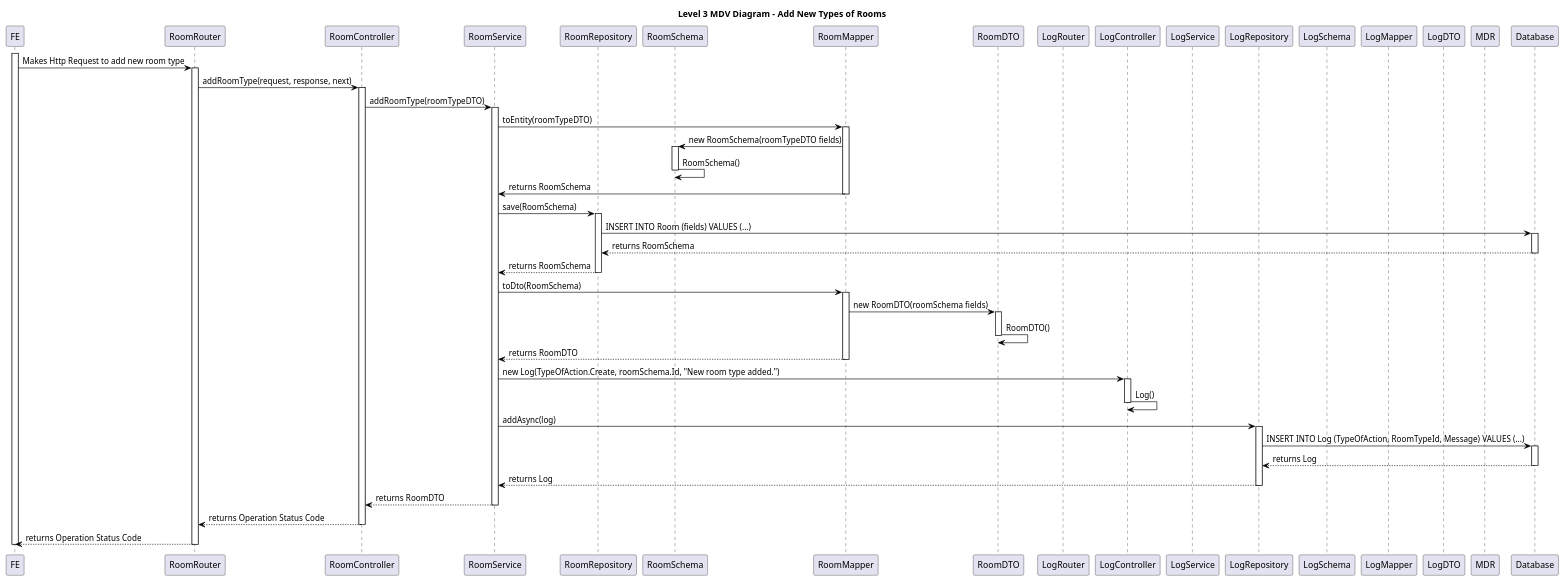
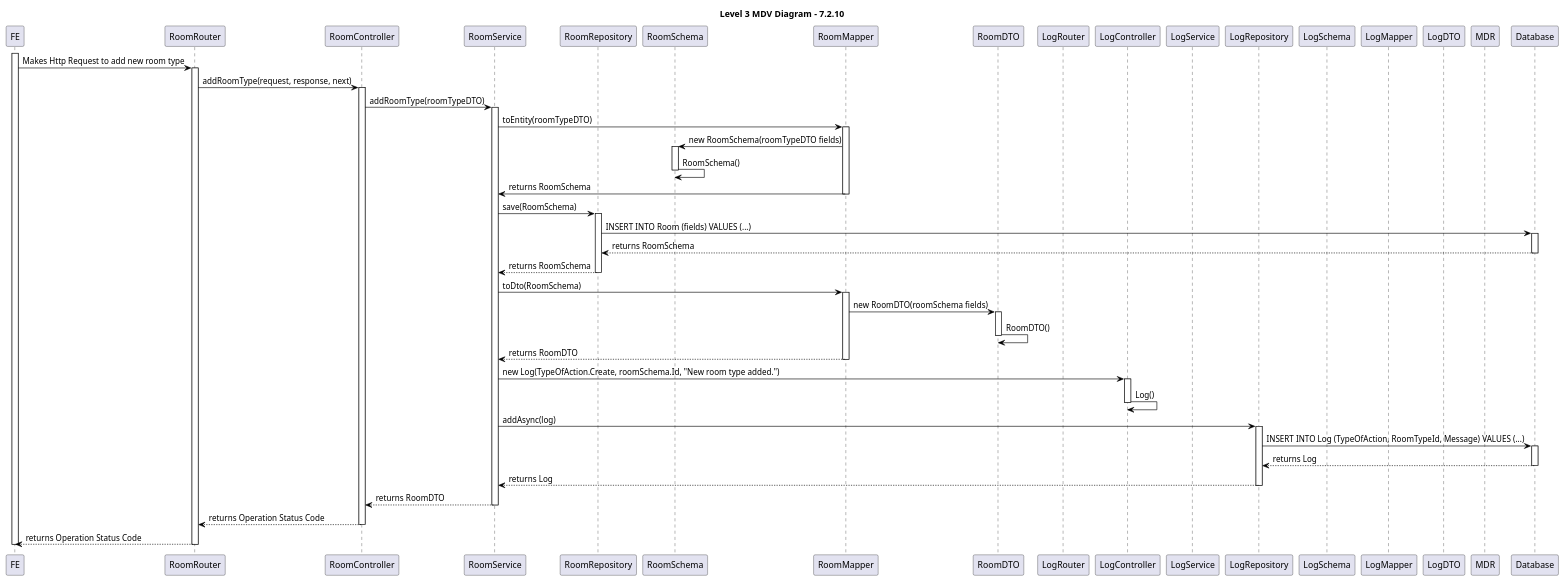
The diagram in docs/sprint_C/us_7.2.10/level_3/level_3_MDV.puml (vscosousa/LAPR5_3DC_G15), drawn with PlantUML before and after one commit. The commit also changed 11 other files, not shown here.

```diff
--- a/docs/sprint_C/us_7.2.10/level_3/level_3_MDV.puml
+++ b/docs/sprint_C/us_7.2.10/level_3/level_3_MDV.puml
@@ -1,89 +1,88 @@
 @startuml level_3_MDV
 
-title Level 3 MDV Diagram - Add New Types of Rooms
-
+title Level 3 MDV Diagram - 7.2.10
 hide empty members
 'skinparam Linetype ortho
 
 skinparam class {
     BackgroundColor<<valueObject>> #D6EAF8
     BackgroundColor<<root>> #FDEBD0
     BackgroundColor<<service>> #D1F2EB
     BackgroundColor #UIF9E7
     ArrowColor Black
 }
 
 skinparam package {
     BackgroundColor #EBF5FB
 }
 
 participant FE as FE
 participant "RoomRouter" as RR
 participant "RoomController" as RC
 participant "RoomService" as RS
 participant "RoomRepository" as RRE
 participant "RoomSchema" as RSC
 participant "RoomMapper" as RM
 participant "RoomDTO" as RD
 participant "LogRouter" as LR
 participant "LogController" as LC
 participant "LogService" as LS
 participant "LogRepository" as LRE
 participant "LogSchema" as LSC
 participant "LogMapper" as LM
 participant "LogDTO" as LD
 participant MDR as MDR
 participant "Database" as DB
 
 activate FE
 FE -> RR: Makes Http Request to add new room type
 activate RR
 RR -> RC: addRoomType(request, response, next)
 activate RC
 RC -> RS: addRoomType(roomTypeDTO)
 activate RS
 RS -> RM: toEntity(roomTypeDTO)
 activate RM
 RM -> RSC: new RoomSchema(roomTypeDTO fields)
 activate RSC
 RSC -> RSC: RoomSchema()
 deactivate RSC
 RM -> RS: returns RoomSchema
 deactivate RM
 RS -> RRE: save(RoomSchema)
 activate RRE
 RRE -> DB: INSERT INTO Room (fields) VALUES (...)
 activate DB
 DB --> RRE: returns RoomSchema
 deactivate DB
 RRE --> RS: returns RoomSchema
 deactivate RRE
 RS -> RM: toDto(RoomSchema)
 activate RM
 RM -> RD: new RoomDTO(roomSchema fields)
 activate RD
 RD -> RD: RoomDTO()
 deactivate RD
 RM --> RS: returns RoomDTO
 deactivate RM
 RS -> LC: new Log(TypeOfAction.Create, roomSchema.Id, "New room type added.")
 activate LC
 LC -> LC: Log()
 deactivate LC
 RS -> LRE: addAsync(log)
 activate LRE
 LRE -> DB: INSERT INTO Log (TypeOfAction, RoomTypeId, Message) VALUES (...)
 activate DB
 DB --> LRE: returns Log
 deactivate DB
 LRE --> RS: returns Log
 deactivate LRE
 RS --> RC: returns RoomDTO
 deactivate RS
 RC --> RR: returns Operation Status Code
 deactivate RC
 RR --> FE: returns Operation Status Code
 deactivate RR
 deactivate FE
 
 @enduml
```
